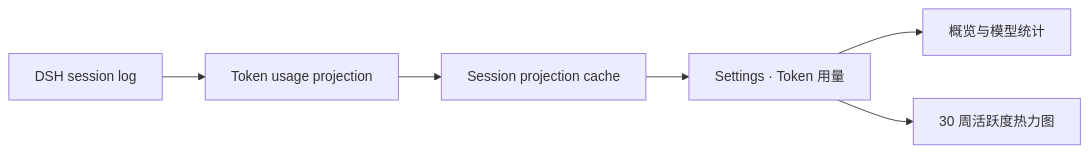
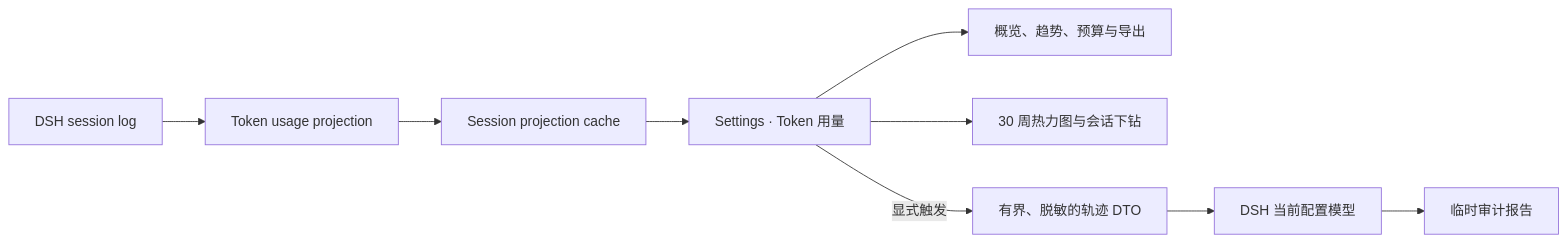
The diagram in README.md (LeemanCheung/dsh-token-usage), drawn with Mermaid before and after one commit. The commit also changed other lines of this file and 26 other files, not shown here.

````diff
--- a/README.md
+++ b/README.md
@@ -76,8 +108,11 @@
 ```mermaid
 flowchart LR
   A[DSH session log] --> B[Token usage projection]
   B --> C[Session projection cache]
   C --> D[Settings · Token 用量]
-  D --> E[概览与模型统计]
-  D --> F[30 周活跃度热力图]
+  D --> E[概览、趋势、预算与导出]
+  D --> F[30 周热力图与会话下钻]
+  D -->|显式触发| G[有界、脱敏的轨迹 DTO]
+  G --> H[DSH 当前配置模型]
+  H --> I[临时审计报告]
 ```
````
